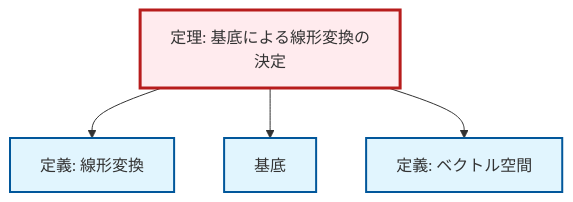
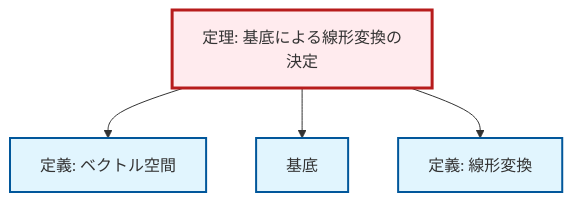
One commit to RK0429/ModernMath changed the diagram in output/mermaid/ja/thm-linear-transformation-basis.mermaid. Above: the diagram before and after it, drawn with Mermaid. The commit also changed other lines of this file and 3101 other files, not shown here.

```diff
--- a/output/mermaid/ja/thm-linear-transformation-basis.mermaid
+++ b/output/mermaid/ja/thm-linear-transformation-basis.mermaid
@@ -1,15 +1,15 @@
 %%| fig-cap: "Local dependency graph"
 graph TD
     classDef definition fill:#e1f5fe,stroke:#01579b,stroke-width:2px
     classDef theorem fill:#f3e5f5,stroke:#4a148c,stroke-width:2px
     classDef axiom fill:#fff3e0,stroke:#e65100,stroke-width:2px
     classDef example fill:#e8f5e9,stroke:#1b5e20,stroke-width:2px
     classDef current fill:#ffebee,stroke:#b71c1c,stroke-width:3px
+    def-basis["基底"]:::definition
     thm-linear-transformation-basis["定理: 基底による線形変換の決定"]:::theorem
+    def-vector-space["定義: ベクトル空間"]:::definition
     def-linear-transformation["定義: 線形変換"]:::definition
-    def-vector-space["定義: ベクトル空間"]:::definition
-    def-basis["基底"]:::definition
+    thm-linear-transformation-basis --> def-vector-space
+    thm-linear-transformation-basis --> def-basis
     thm-linear-transformation-basis --> def-linear-transformation
-    thm-linear-transformation-basis --> def-basis
-    thm-linear-transformation-basis --> def-vector-space
     class thm-linear-transformation-basis current
```
